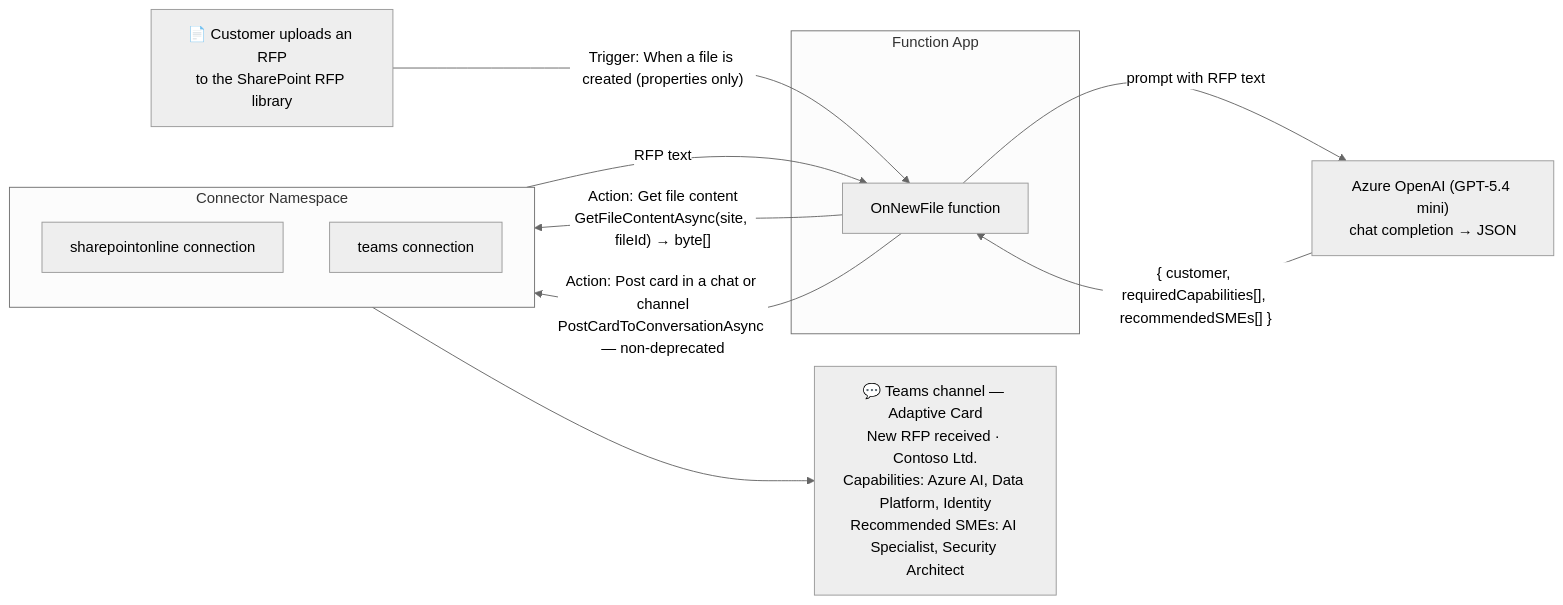
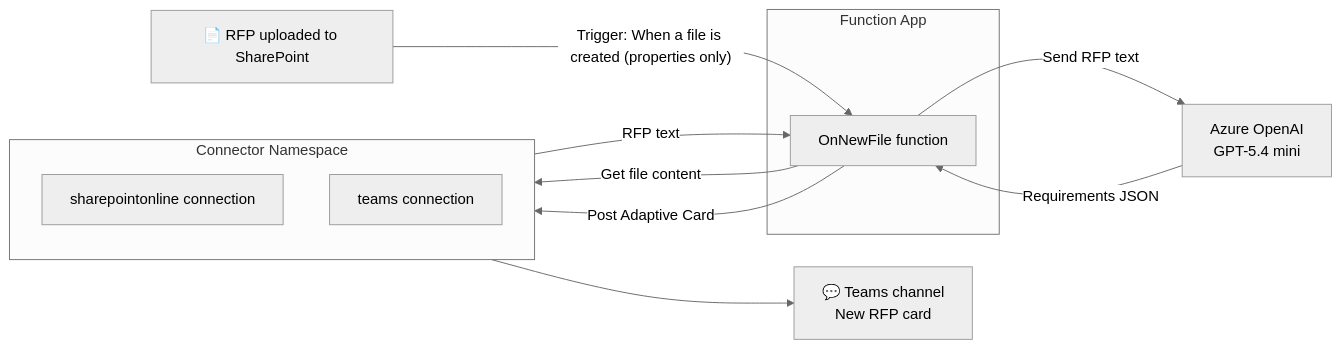
The diagram in README.md (Azure-Samples/functions-connectors-net-rfp-intake-sharepoint-teams), drawn with Mermaid (neutral theme) before and after one commit. The commit also changed other lines of this file and 1 other file, not shown here.

First line of the commit message:
Fix rendering of icons in architecture diagram and README formatting (#2)

````diff
--- a/README.md
+++ b/README.md
@@ -16,22 +17,22 @@
 ```mermaid
 flowchart LR
-    A["📄 Customer uploads an RFP<br/>to the SharePoint RFP library"]
+    A["📄 RFP uploaded to SharePoint"]
     A -->|"Trigger: When a file is created (properties only)"| B
 
     subgraph FA["Function App"]
       B["OnNewFile function"]
     end
 
     subgraph CN["Connector Namespace"]
       direction TB
       SP["sharepointonline connection"]
       TM["teams connection"]
     end
 
-    B -->|"Action: Get file content<br/>GetFileContentAsync(site, fileId) → byte[]"| SP
+    B -->|"Get file content"| SP
     SP -->|"RFP text"| B
-    B -->|"prompt with RFP text"| C["Azure OpenAI (GPT-5.4 mini)<br/>chat completion → JSON"]
-    C -->|"{ customer, requiredCapabilities[], recommendedSMEs[] }"| B
-    B -->|"Action: Post card in a chat or channel<br/>PostCardToConversationAsync — non-deprecated"| TM
-    TM --> E["💬 Teams channel — Adaptive Card<br/>New RFP received · Contoso Ltd.<br/>Capabilities: Azure AI, Data Platform, Identity<br/>Recommended SMEs: AI Specialist, Security Architect"]
+    B -->|"Send RFP text"| C["Azure OpenAI<br/>GPT-5.4 mini"]
+    C -->|"Requirements JSON"| B
+    B -->|"Post Adaptive Card"| TM
+    TM --> E["💬 Teams channel<br/>New RFP card"]
 ```
````
